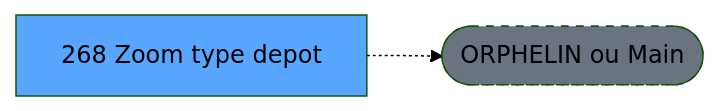
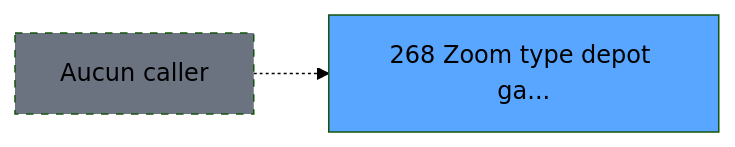
Before and after one commit to thonyAGP/magic-migration: the second of 3 diagrams in .openspec/specs/ADH-IDE-268.md, drawn with Mermaid (forest theme). The commit also changed other lines of this file and 493 other files, not shown here.

````diff
--- a/.openspec/specs/ADH-IDE-268.md
+++ b/.openspec/specs/ADH-IDE-268.md
@@ -121,8 +258,8 @@
 ```mermaid
 graph LR
-    T[268 Zoom type depot]
-    ORPHAN([ORPHELIN ou Main])
-    T -.-> ORPHAN
-    style T fill:#58a6ff,color:#000
-    style ORPHAN fill:#6b7280,stroke-dasharray: 5 5
+    T268[268 Zoom type depot ga...]
+    style T268 fill:#58a6ff
+    NONE[Aucun caller]
+    NONE -.-> T268
+    style NONE fill:#6b7280,stroke-dasharray: 5 5
 ```
````
